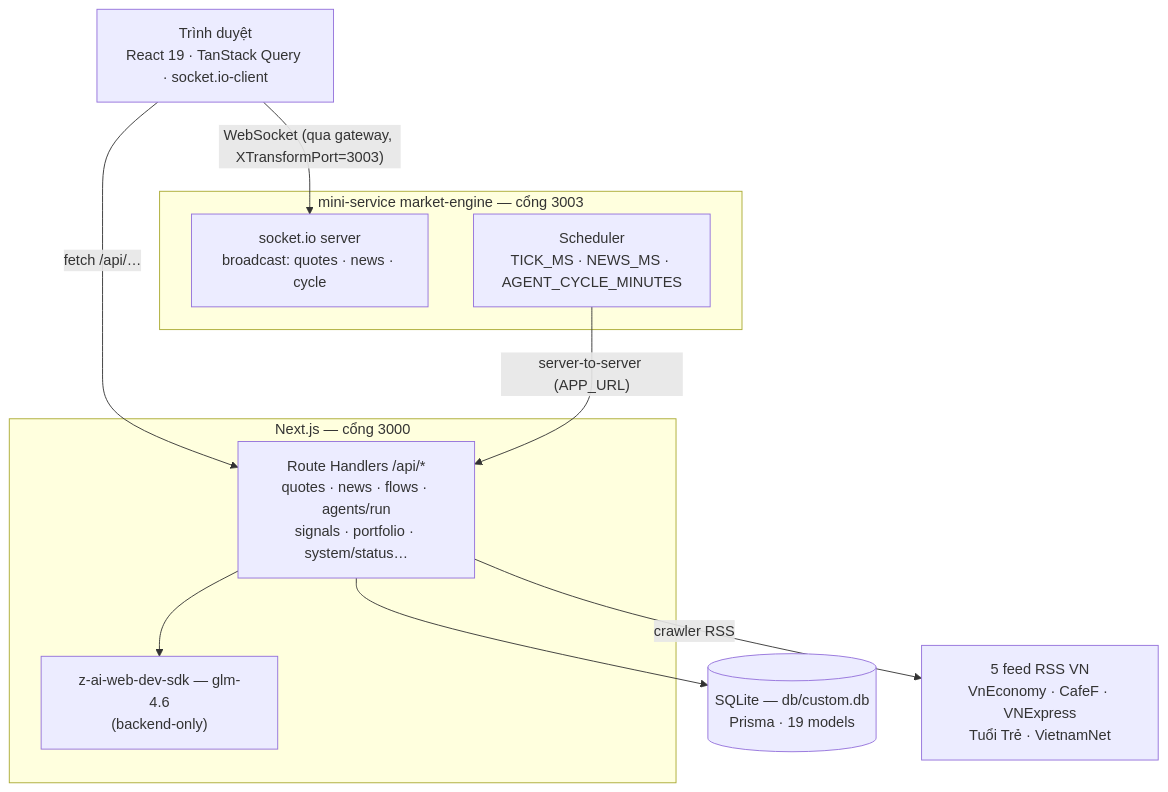
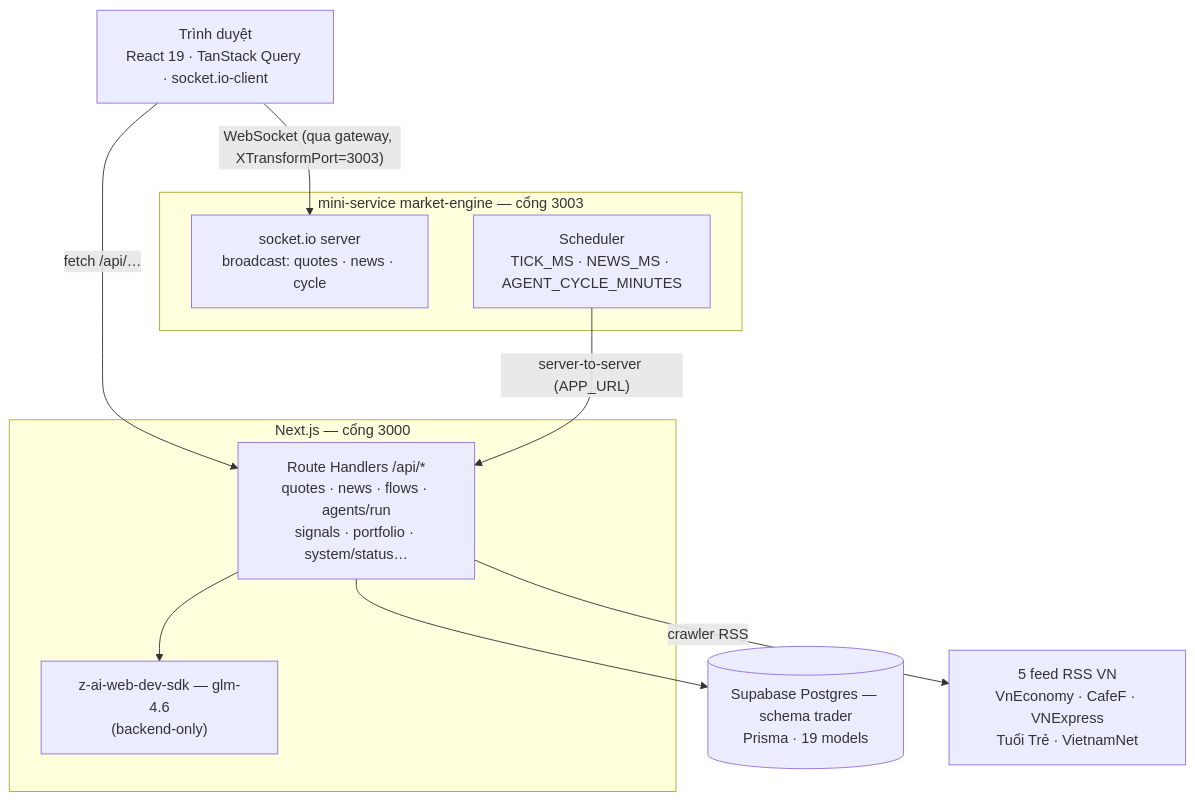
The diagram in README.md (nguyenquocviety2c-code/THE-TRADER), drawn with Mermaid before and after one commit. The commit also changed other lines of this file and 10 other files, not shown here.

Commit message:
feat(storage): Supabase Postgres làm kho dữ liệu chính — schema 'trader' (19 model) qua Prisma + tools/db-console.mjs + docs/README/.env.example đồng bộ — E2E verified (tick/9 route/news 50 tin/browser 0 lỗi)

````diff
--- a/README.md
+++ b/README.md
@@ -31,25 +31,25 @@
 ```mermaid
 flowchart TB
     Browser["Trình duyệt\nReact 19 · TanStack Query · socket.io-client"]
 
     subgraph App["Next.js — cổng 3000"]
         API["Route Handlers /api/*\nquotes · news · flows · agents/run\nsignals · portfolio · system/status…"]
         LLM["z-ai-web-dev-sdk — glm-4.6\n(backend-only)"]
     end
 
-    DB[("SQLite — db/custom.db\nPrisma · 19 models")]
+    DB[("Supabase Postgres — schema trader\nPrisma · 19 models")]
 
     subgraph Engine["mini-service market-engine — cổng 3003"]
         IO["socket.io server\nbroadcast: quotes · news · cycle"]
         SCHED["Scheduler\nTICK_MS · NEWS_MS · AGENT_CYCLE_MINUTES"]
     end
 
     RSS["5 feed RSS VN\nVnEconomy · CafeF · VNExpress\nTuổi Trẻ · VietnamNet"]
 
     Browser -- "fetch /api/…" --> API
     Browser -- "WebSocket (qua gateway, XTransformPort=3003)" --> IO
     API --> DB
     SCHED -- "server-to-server (APP_URL)" --> API
     API --> LLM
     API -- "crawler RSS" --> RSS
 ```
````
